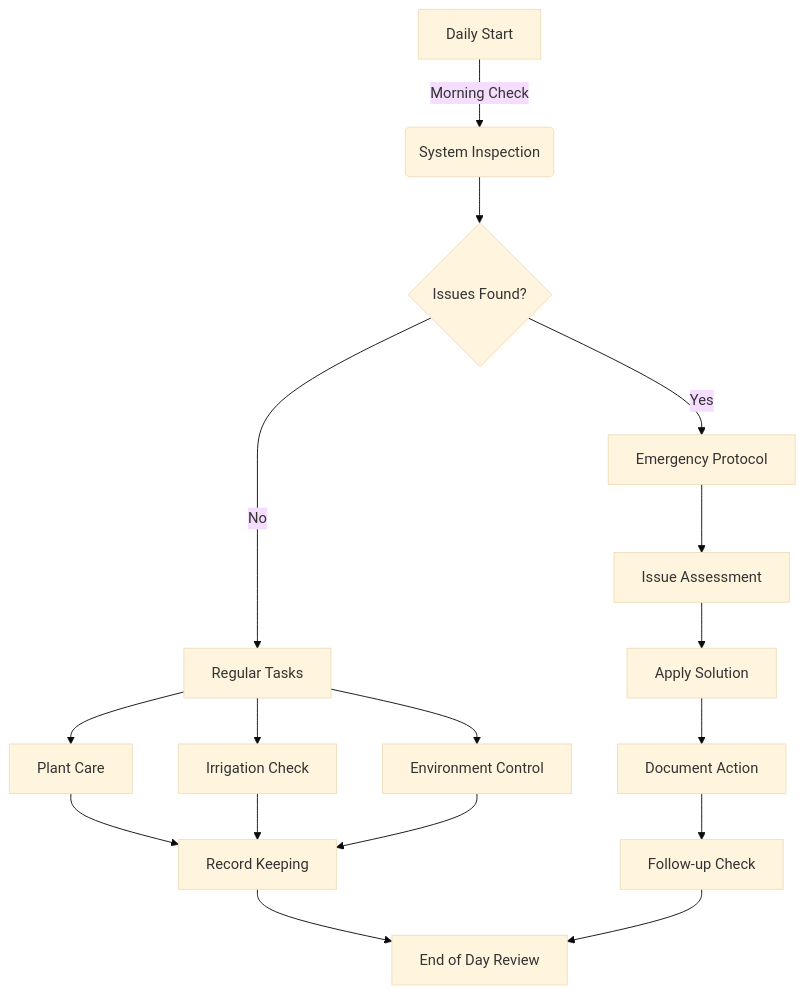
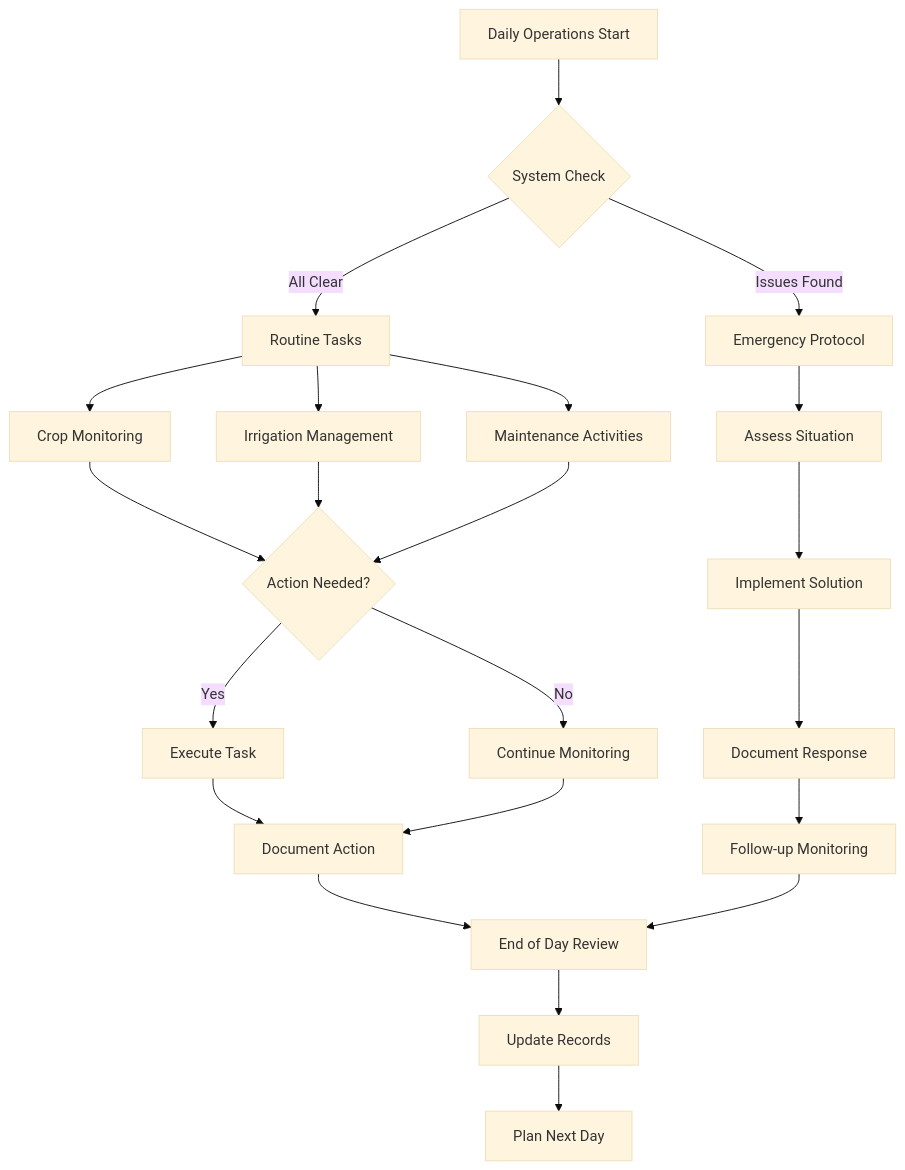
Before and after one commit to JustAGhosT/farm-business-plan: the first of 2 diagrams in docs/operations-manual.md, drawn with Mermaid (base theme). The commit also changed other lines of this file and 2 other files, not shown here.

Commit message:
Convert financial-analysis, technical-implementation, and operations-manual to templates

````diff
--- a/docs/operations-manual.md
+++ b/docs/operations-manual.md
@@ -176,19 +580,30 @@
 ```mermaid
 graph TD
-  A[Daily Start] -->|Morning Check| B(System Inspection)
-  B --> C{Issues Found?}
-  C -->|Yes| D[Emergency Protocol]
-  C -->|No| E[Regular Tasks]
-  E --> F[Plant Care]
-  E --> G[Irrigation Check]
-  E --> H[Environment Control]
-  F --> I[Record Keeping]
-  G --> I
-  H --> I
-  I --> J[End of Day Review]
-  D --> K[Issue Assessment]
-  K --> L[Apply Solution]
-  L --> M[Document Action]
-  M --> N[Follow-up Check]
-  N --> J
+  A[Daily Operations Start] --> B{System Check}
+  B -->|Issues Found| C[Emergency Protocol]
+  B -->|All Clear| D[Routine Tasks]
+  
+  D --> E[Crop Monitoring]
+  D --> F[Irrigation Management]
+  D --> G[Maintenance Activities]
+  
+  E --> H{Action Needed?}
+  F --> H
+  G --> H
+  
+  H -->|Yes| I[Execute Task]
+  H -->|No| J[Continue Monitoring]
+  
+  I --> K[Document Action]
+  J --> K
+  
+  K --> L[End of Day Review]
+  L --> M[Update Records]
+  M --> N[Plan Next Day]
+  
+  C --> O[Assess Situation]
+  O --> P[Implement Solution]
+  P --> Q[Document Response]
+  Q --> R[Follow-up Monitoring]
+  R --> L
 ```
````
